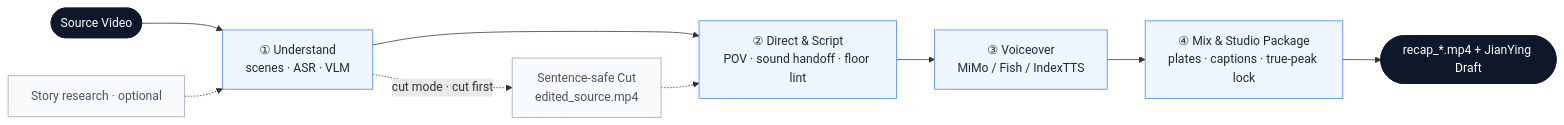
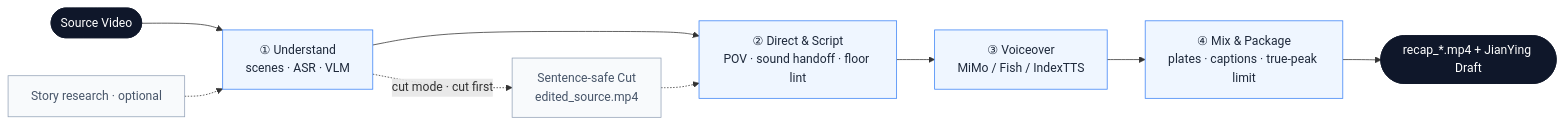
The diagram in README.en.md (zenstory-ai/video-recap-skills), drawn with Mermaid before and after one commit. The commit also changed other lines of this file and 145 other files, not shown here.

````diff
--- a/README.en.md
+++ b/README.en.md
@@ -167,16 +168,16 @@
 ```mermaid
 flowchart LR
     video(["Source Video"]) --> understand["① Understand<br/>scenes · ASR · VLM"]
     research["Story research · optional"] -.-> understand
     understand --> plan["② Direct & Script<br/>POV · sound handoff · floor lint"]
     understand -. "cut mode · cut first" .-> cut["Sentence-safe Cut<br/>edited_source.mp4"] -.-> plan
     plan --> voiceover["③ Voiceover<br/>MiMo / Fish / IndexTTS"]
-    voiceover --> assemble["④ Mix & Studio Package<br/>plates · captions · true-peak lock"]
+    voiceover --> assemble["④ Mix & Package<br/>plates · captions · true-peak limit"]
     assemble --> output(["recap_*.mp4 + JianYing Draft"])
     classDef io fill:#0f172a,stroke:#0f172a,color:#fff;
     classDef stage fill:#eff6ff,stroke:#3b82f6,color:#1e293b;
     classDef opt fill:#f8fafc,stroke:#94a3b8,color:#475569;
     class video,output io;
     class understand,plan,voiceover,assemble stage;
     class research,cut opt;
 ```
````
